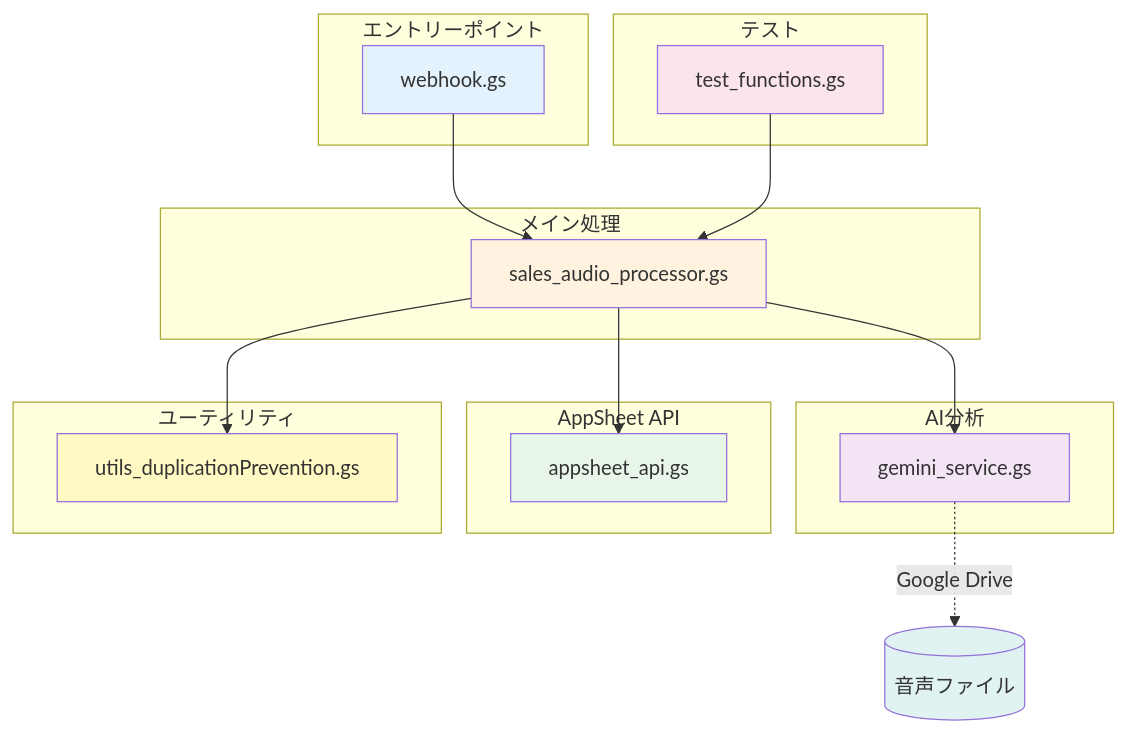
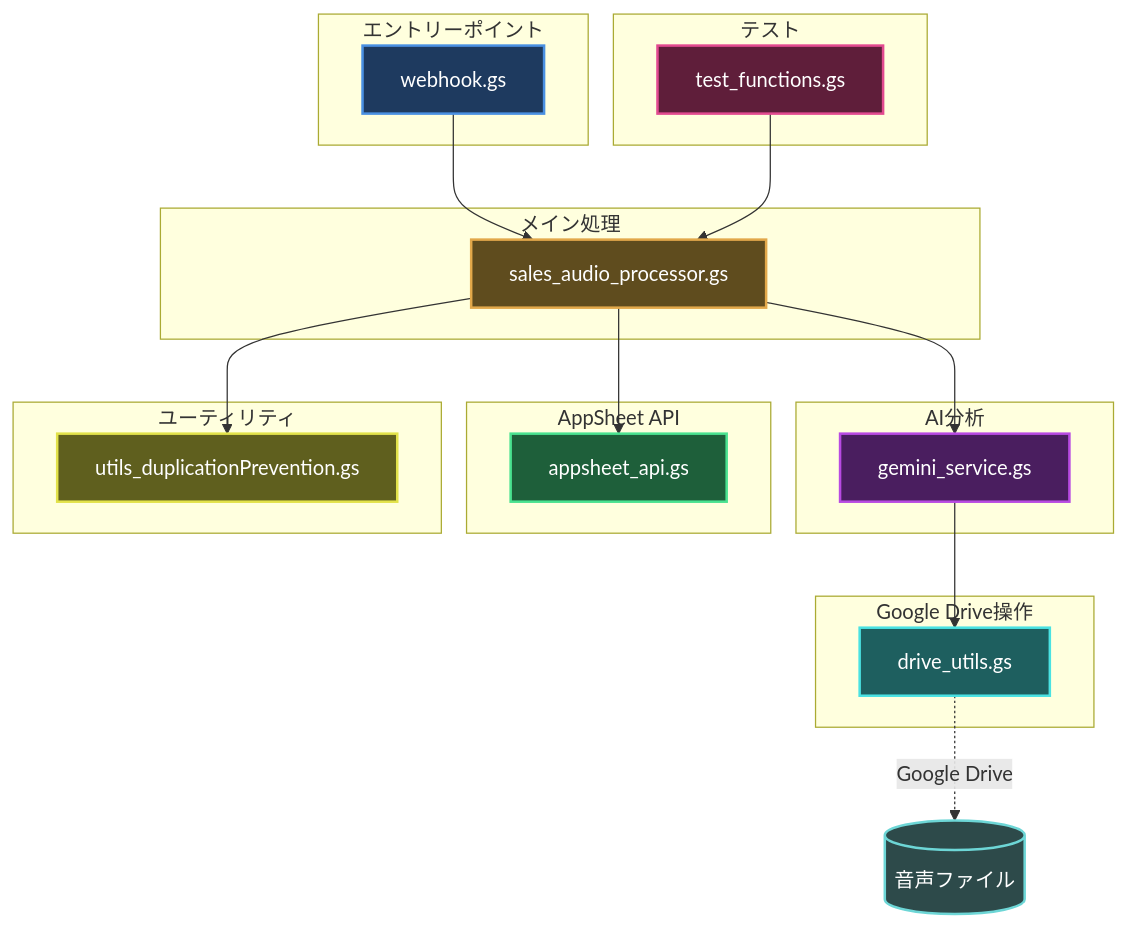
One commit to tasai-lab/appsheet-gas-automation changed the first of 4 diagrams in gas_projects/Appsheet_営業_音声記録/SCRIPT_ARCHITECTURE.md. Above: the diagram before and after it, drawn with Mermaid. The commit also changed other lines of this file and 4 other files, not shown here.

First line of the commit message:
docs: 全ての図に配色ガイドライン準拠の配色を適用

````diff
--- a/gas_projects/Appsheet_営業_音声記録/SCRIPT_ARCHITECTURE.md
+++ b/gas_projects/Appsheet_営業_音声記録/SCRIPT_ARCHITECTURE.md
@@ -9,41 +11,47 @@
 ```mermaid
 graph TB
     subgraph "エントリーポイント"
         A[webhook.gs]
     end
     
     subgraph "メイン処理"
         B[sales_audio_processor.gs]
     end
     
     subgraph "AI分析"
         C[gemini_service.gs]
     end
     
+    subgraph "Google Drive操作"
+        D[drive_utils.gs]
+    end
+    
     subgraph "AppSheet API"
-        D[appsheet_api.gs]
+        E[appsheet_api.gs]
     end
     
     subgraph "ユーティリティ"
-        E[utils_duplicationPrevention.gs]
+        F[utils_duplicationPrevention.gs]
     end
     
     subgraph "テスト"
-        F[test_functions.gs]
+        G[test_functions.gs]
     end
     
     A --> B
     B --> C
-    B --> D
     B --> E
-    F --> B
-    C -.Google Drive.-> G[(音声ファイル)]
+    B --> F
+    G --> B
+    C --> D
+    D -.Google Drive.-> H[(音声ファイル)]
     
-    style A fill:#e3f2fd
-    style B fill:#fff3e0
-    style C fill:#f3e5f5
-    style D fill:#e8f5e9
-    style E fill:#fff9c4
-    style F fill:#fce4ec
-    style G fill:#e0f2f1
+    style A fill:#1e3a5f,stroke:#4a90e2,stroke-width:2px,color:#ffffff
+    style B fill:#5f4c1e,stroke:#e2a84a,stroke-width:2px,color:#ffffff
+    style C fill:#4a1e5f,stroke:#b84ae2,stroke-width:2px,color:#ffffff
+    style D fill:#1e5f5f,stroke:#4ae2e2,stroke-width:2px,color:#ffffff
+    style E fill:#1e5f3a,stroke:#4ae290,stroke-width:2px,color:#ffffff
+    style F fill:#5f5f1e,stroke:#e2e24a,stroke-width:2px,color:#ffffff
+    style G fill:#5f1e3a,stroke:#e24a90,stroke-width:2px,color:#ffffff
+    style H fill:#2d4a4a,stroke:#6dd6d6,stroke-width:2px,color:#ffffff
 ```
````
